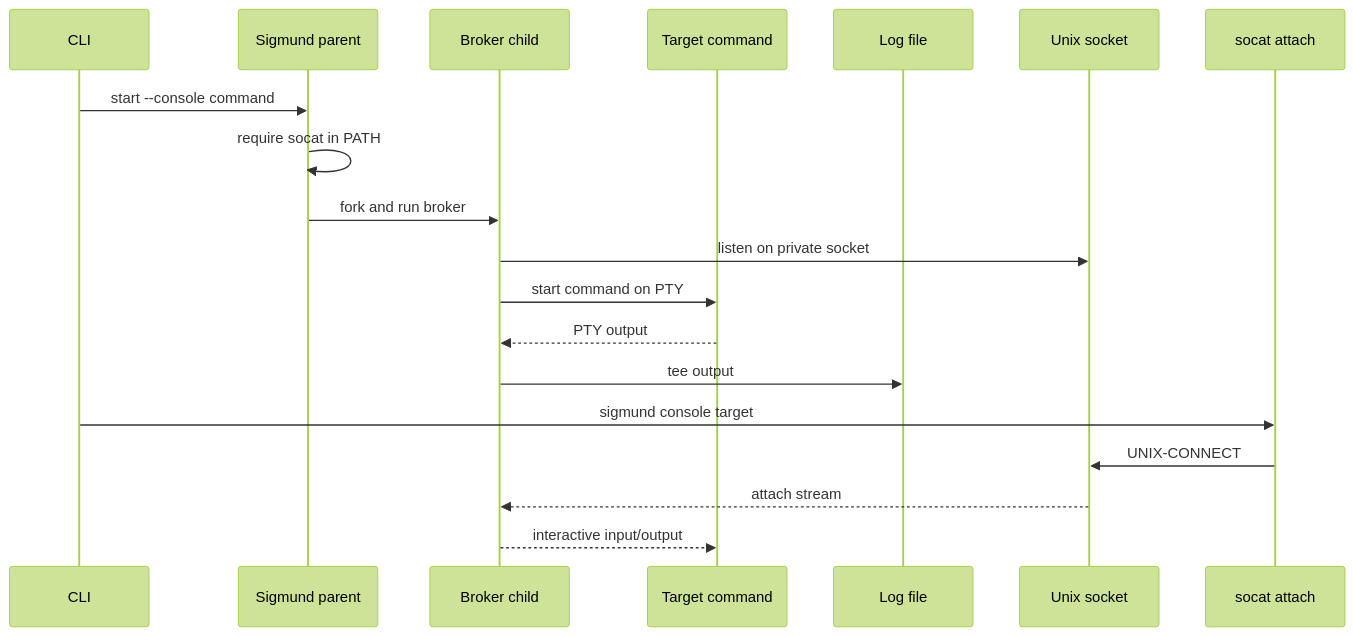
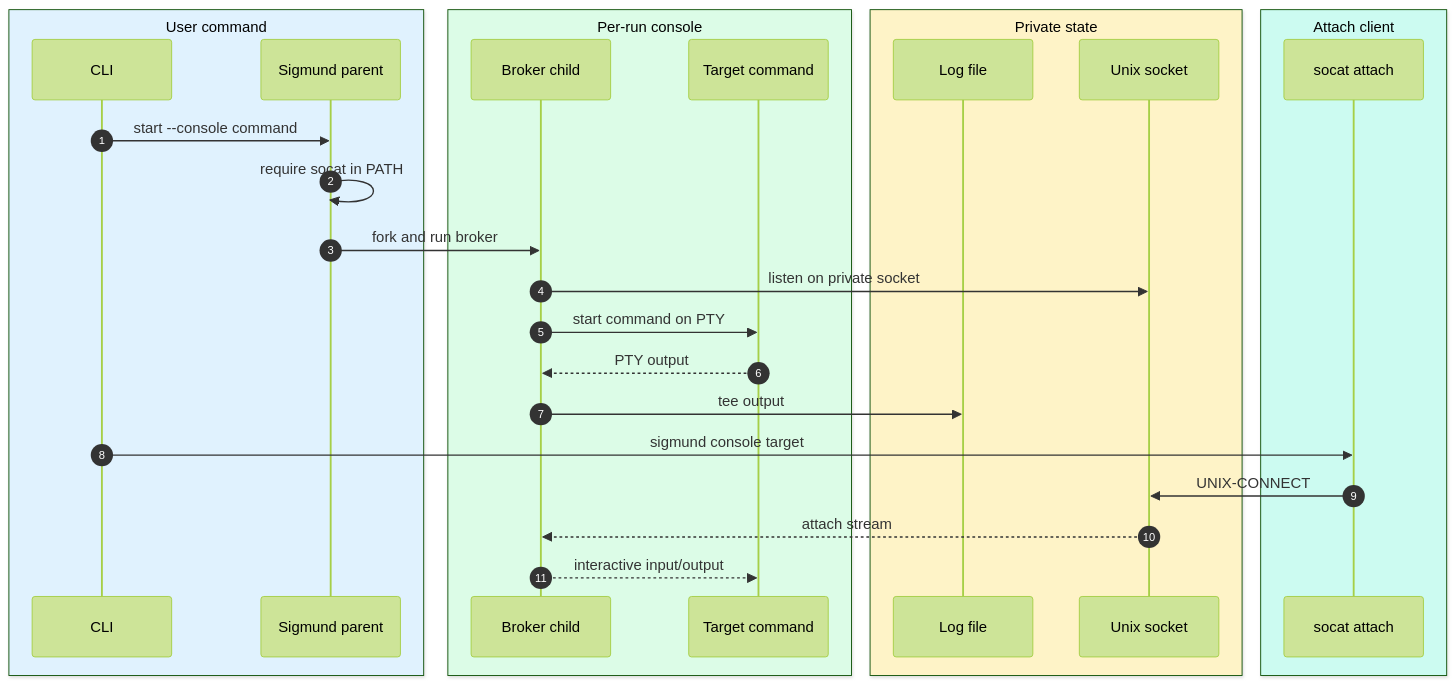
One commit to RchGrav/onhold changed the first of 2 diagrams in docs/console.md. Above: the diagram before and after it, drawn with Mermaid (forest theme). The commit also changed other lines of this file and 13 other files, not shown here.

````diff
--- a/docs/console.md
+++ b/docs/console.md
@@ -9,22 +11,31 @@
 ```mermaid
 sequenceDiagram
+    autonumber
+    box rgb(224, 242, 254) User command
     participant CLI as CLI
     participant Parent as Sigmund parent
+    end
+    box rgb(220, 252, 231) Per-run console
     participant Broker as Broker child
     participant Target as Target command
+    end
+    box rgb(254, 243, 199) Private state
     participant Log as Log file
     participant Socket as Unix socket
+    end
+    box rgb(204, 251, 241) Attach client
     participant Socat as socat attach
+    end
 
     CLI->>Parent: start --console command
     Parent->>Parent: require socat in PATH
     Parent->>Broker: fork and run broker
     Broker->>Socket: listen on private socket
     Broker->>Target: start command on PTY
     Target-->>Broker: PTY output
     Broker->>Log: tee output
     CLI->>Socat: sigmund console target
     Socat->>Socket: UNIX-CONNECT
     Socket-->>Broker: attach stream
     Broker-->>Target: interactive input/output
 ```
````
